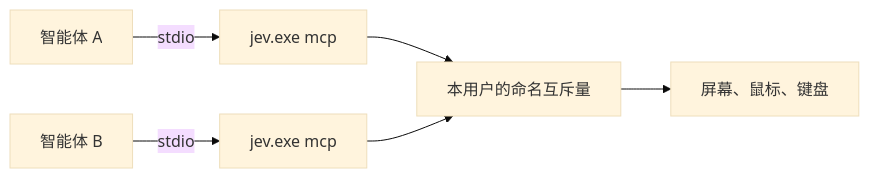
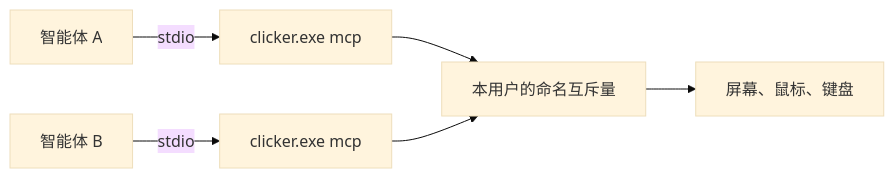
Before and after one commit to xuwenbao/typesafe-computer-use: the diagram in openspec/changes/standalone-mcp-helper/design.md, drawn with Mermaid (base theme). The commit also changed other lines of this file and 162 other files, not shown here.

````diff
--- a/openspec/changes/standalone-mcp-helper/design.md
+++ b/openspec/changes/standalone-mcp-helper/design.md
@@ -42,8 +42,8 @@
 ```mermaid
 flowchart LR
-  agentA["智能体 A"] -->|"stdio"| mcpA["jev.exe mcp"]
-  agentB["智能体 B"] -->|"stdio"| mcpB["jev.exe mcp"]
+  agentA["智能体 A"] -->|"stdio"| mcpA["clicker.exe mcp"]
+  agentB["智能体 B"] -->|"stdio"| mcpB["clicker.exe mcp"]
   mcpA --> deskLock["本用户的命名互斥量"]
   mcpB --> deskLock
   deskLock --> desk["屏幕、鼠标、键盘"]
 ```
````
